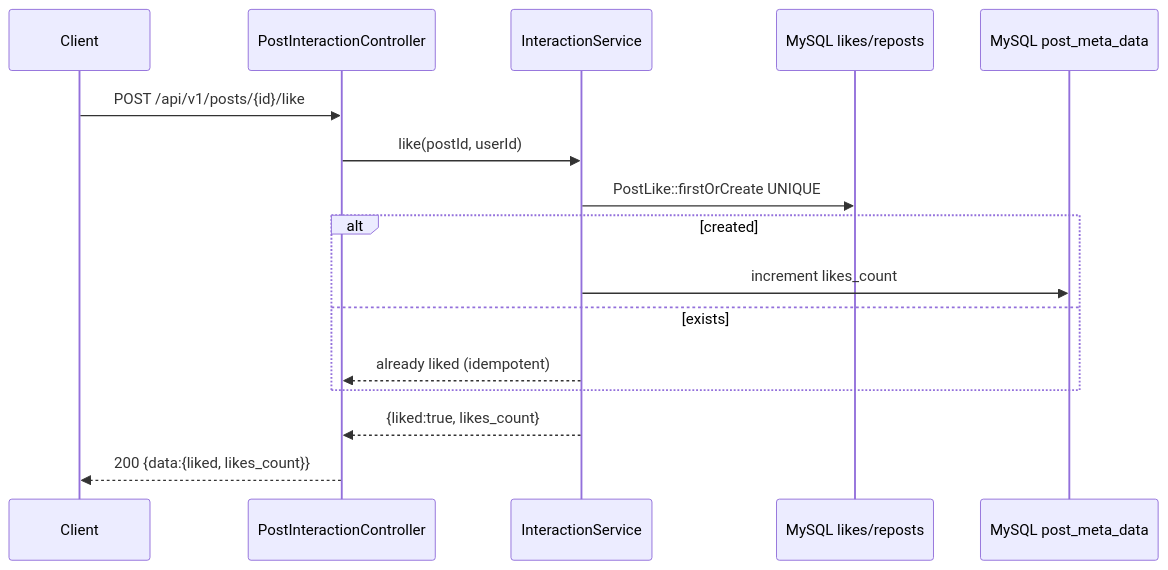
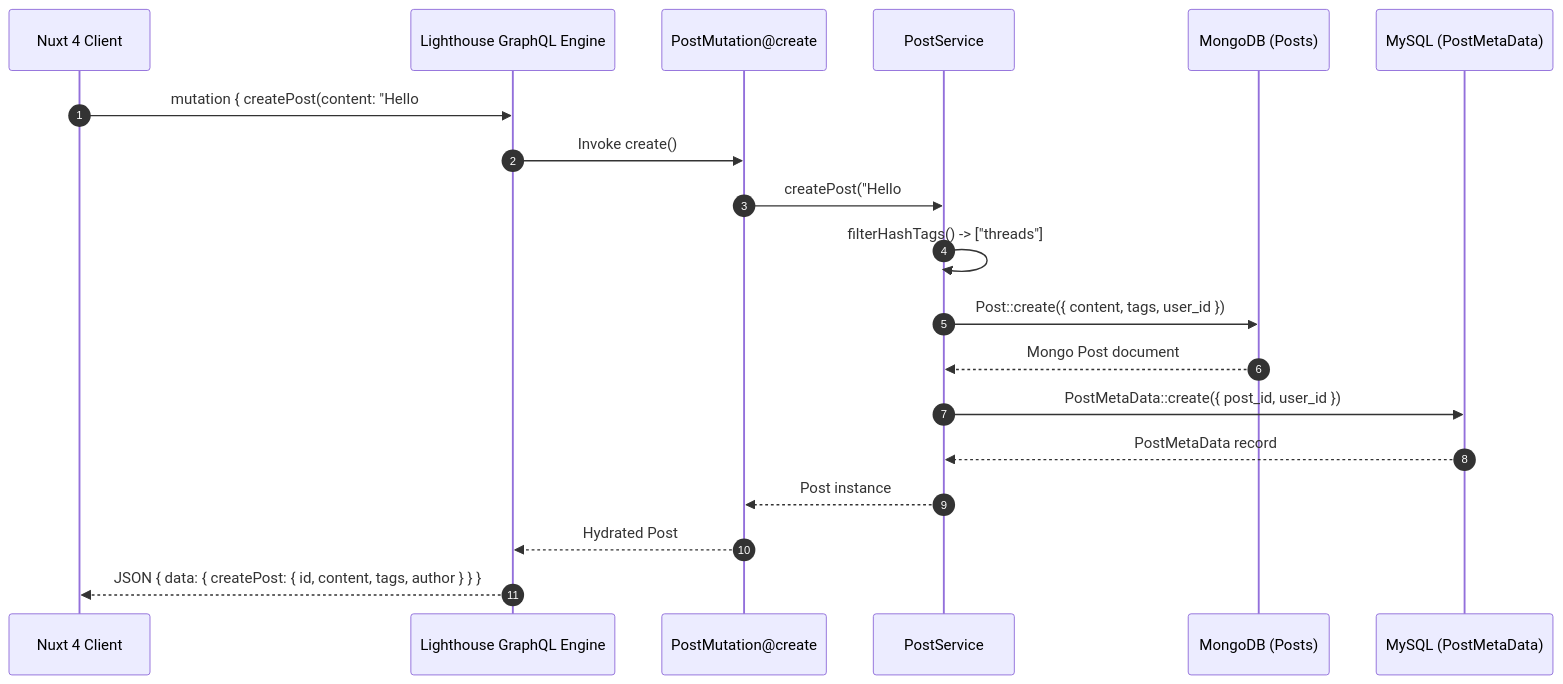
The third of 4 diagrams in docs/SSD.md (VenuxAK/Threads-API), drawn with Mermaid before and after one commit. The commit also changed other lines of this file and 5 other files, not shown here.

First line of the commit message:
docs: update API docs, ARCHITECTURE, and create comprehensive GraphQL handbook

````diff
--- a/docs/SSD.md
+++ b/docs/SSD.md
@@ -306,18 +95,22 @@
 ```mermaid
 sequenceDiagram
-    participant C as Client
-    participant IC as PostInteractionController
-    participant IS as InteractionService
-    participant MY as MySQL likes/reposts
-    participant MD as MySQL post_meta_data
-    C->>IC: POST /api/v1/posts/{id}/like
-    IC->>IS: like(postId, userId)
-    IS->>MY: PostLike::firstOrCreate UNIQUE
-    alt created
-        IS->>MD: increment likes_count
-    else exists
-        IS-->>IC: already liked (idempotent)
-    end
-    IS-->>IC: {liked:true, likes_count}
-    IC-->>C: 200 {data:{liked, likes_count}}
+    autonumber
+    participant Client as Nuxt 4 Client
+    participant LH as Lighthouse GraphQL Engine
+    participant PM as PostMutation@create
+    participant Service as PostService
+    participant Mongo as MongoDB (Posts)
+    participant MySQL as MySQL (PostMetaData)
+
+    Client->>LH: mutation { createPost(content: "Hello #threads") { ... } }
+    LH->>PM: Invoke create()
+    PM->>Service: createPost("Hello #threads", userId)
+    Service->>Service: filterHashTags() -> ["threads"]
+    Service->>Mongo: Post::create({ content, tags, user_id })
+    Mongo-->>Service: Mongo Post document
+    Service->>MySQL: PostMetaData::create({ post_id, user_id })
+    MySQL-->>Service: PostMetaData record
+    Service-->>PM: Post instance
+    PM-->>LH: Hydrated Post
+    LH-->>Client: JSON { data: { createPost: { id, content, tags, author } } }
 ```
````
